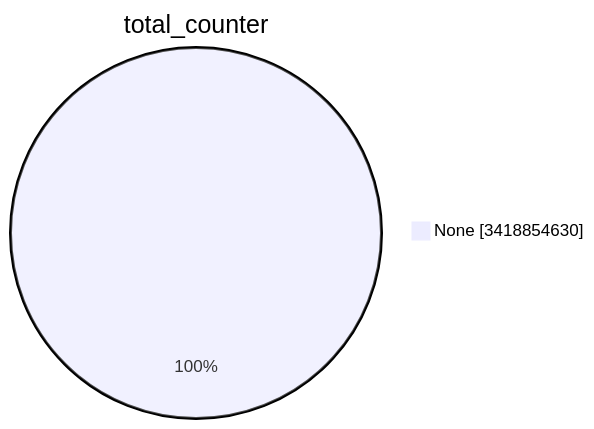
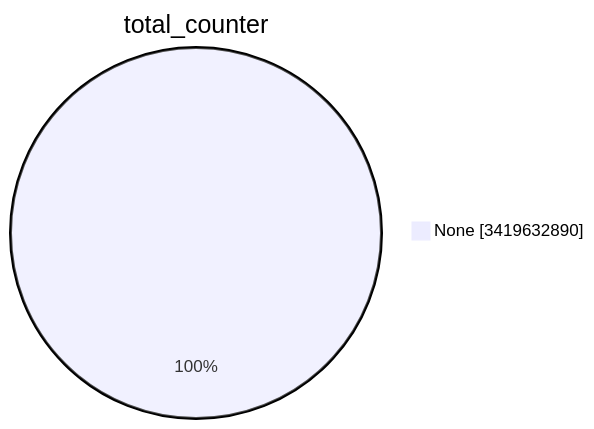
One commit to christiankrug/ctmonitor_visualization changed the first of 15 diagrams in TOTAL/README.md. Above: the diagram before and after it, drawn with Mermaid. The commit also changed other lines of this file, not shown here.

````diff
--- a/TOTAL/README.md
+++ b/TOTAL/README.md
@@ -1,5 +1,5 @@
 ```mermaid
 pie showData
 title total_counter
-"None" :3418854630
+"None" :3419632890
 ```
````
